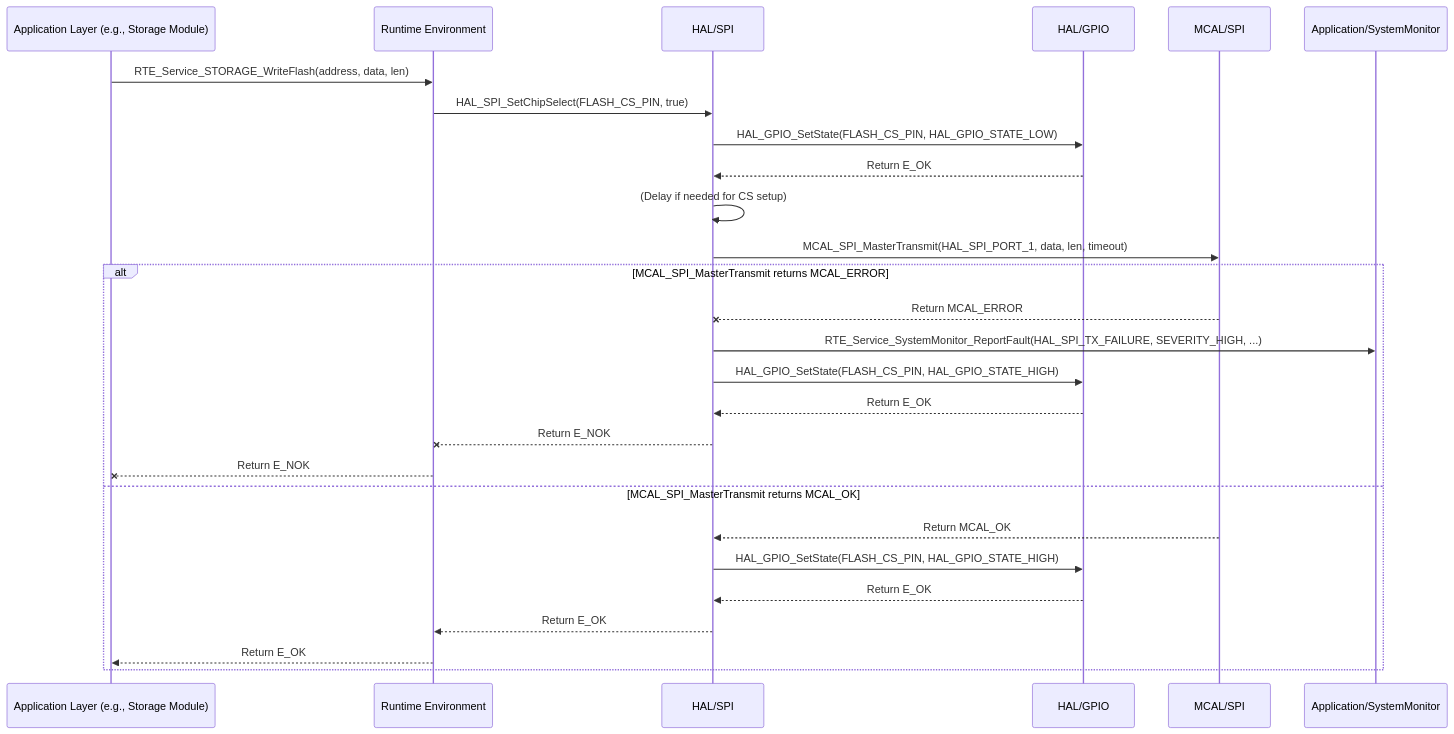
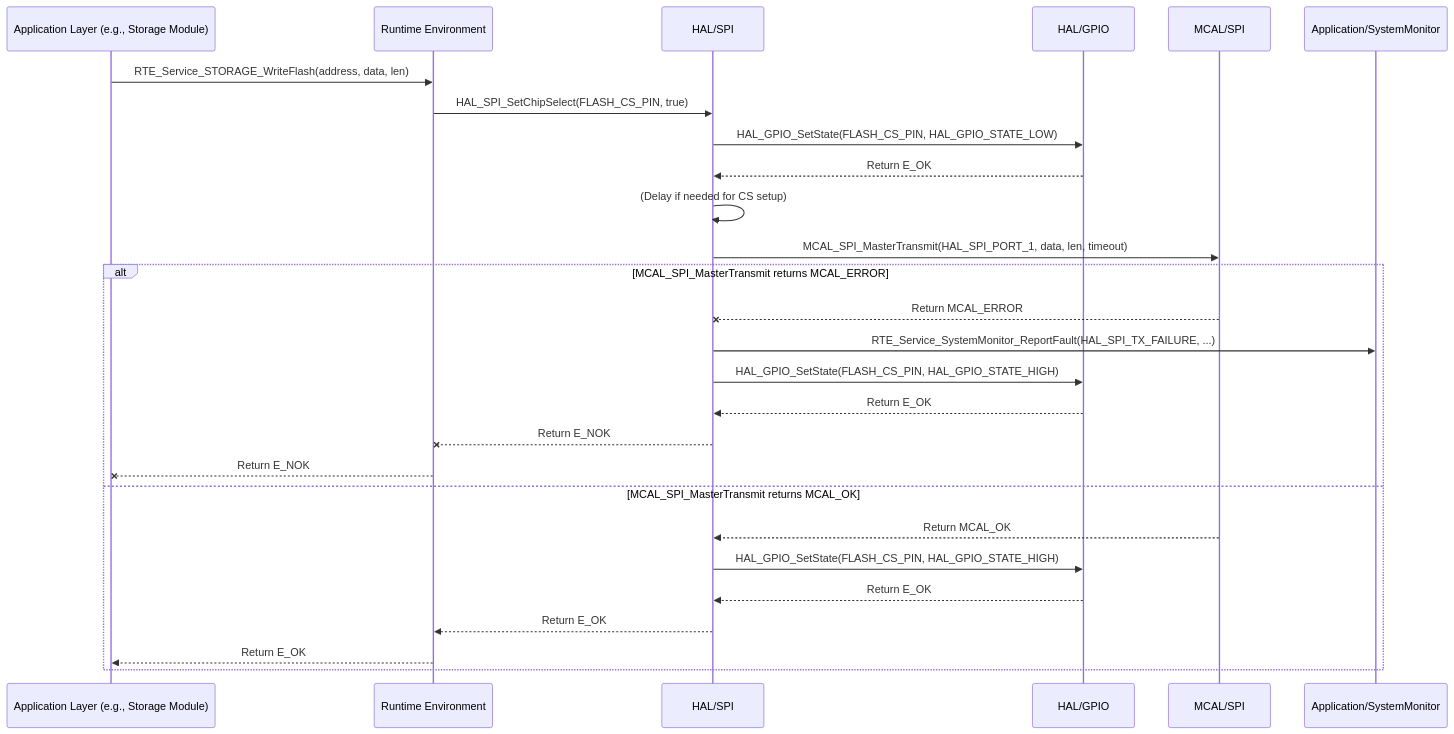
The diagram in Requiremets/Design/HAL/HAL_SPI.md (ashaker-2/Platform), drawn with Mermaid before and after one commit. The commit also changed other lines of this file and 79 other files, not shown here.

````diff
--- a/Requiremets/Design/HAL/HAL_SPI.md
+++ b/Requiremets/Design/HAL/HAL_SPI.md
@@ -178,30 +180,30 @@
 ```mermaid
 sequenceDiagram  
     participant App as Application Layer (e.g., Storage Module)  
     participant RTE as Runtime Environment  
     participant HAL_SPI as HAL/SPI  
     participant HAL_GPIO as HAL/GPIO  
     participant MCAL_SPI as MCAL/SPI  
     participant SystemMonitor as Application/SystemMonitor
 
     App->>RTE: RTE_Service_STORAGE_WriteFlash(address, data, len)  
     RTE->>HAL_SPI: HAL_SPI_SetChipSelect(FLASH_CS_PIN, true)  
     HAL_SPI->>HAL_GPIO: HAL_GPIO_SetState(FLASH_CS_PIN, HAL_GPIO_STATE_LOW)  
     HAL_GPIO-->>HAL_SPI: Return E_OK  
     HAL_SPI->>HAL_SPI: (Delay if needed for CS setup)  
     HAL_SPI->>MCAL_SPI: MCAL_SPI_MasterTransmit(HAL_SPI_PORT_1, data, len, timeout)  
     alt MCAL_SPI_MasterTransmit returns MCAL_ERROR  
         MCAL_SPI--xHAL_SPI: Return MCAL_ERROR  
-        HAL_SPI->>SystemMonitor: RTE_Service_SystemMonitor_ReportFault(HAL_SPI_TX_FAILURE, SEVERITY_HIGH, ...)  
+        HAL_SPI->>SystemMonitor: RTE_Service_SystemMonitor_ReportFault(HAL_SPI_TX_FAILURE,  ...)  
         HAL_SPI->>HAL_GPIO: HAL_GPIO_SetState(FLASH_CS_PIN, HAL_GPIO_STATE_HIGH)  
         HAL_GPIO-->>HAL_SPI: Return E_OK  
         HAL_SPI--xRTE: Return E_NOK  
         RTE--xApp: Return E_NOK  
     else MCAL_SPI_MasterTransmit returns MCAL_OK  
         MCAL_SPI-->>HAL_SPI: Return MCAL_OK  
         HAL_SPI->>HAL_GPIO: HAL_GPIO_SetState(FLASH_CS_PIN, HAL_GPIO_STATE_HIGH)  
         HAL_GPIO-->>HAL_SPI: Return E_OK  
         HAL_SPI-->>RTE: Return E_OK  
         RTE-->>App: Return E_OK  
     end
 ```
````
